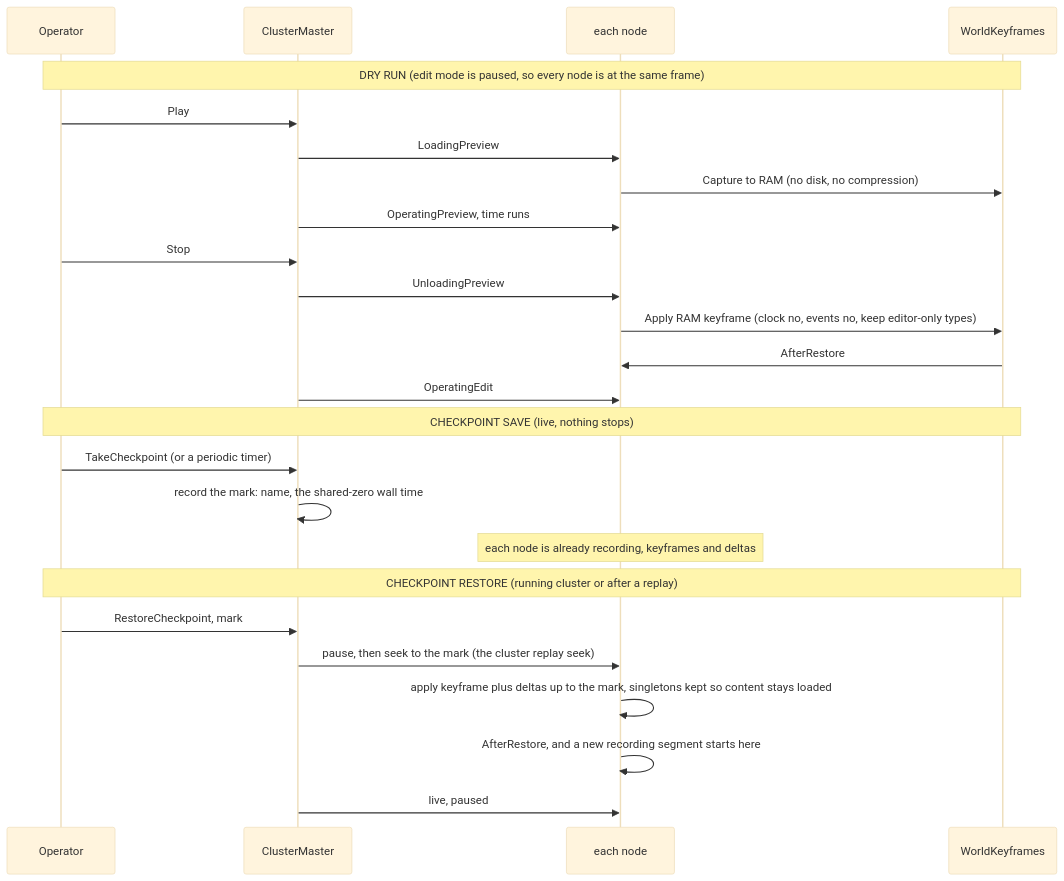
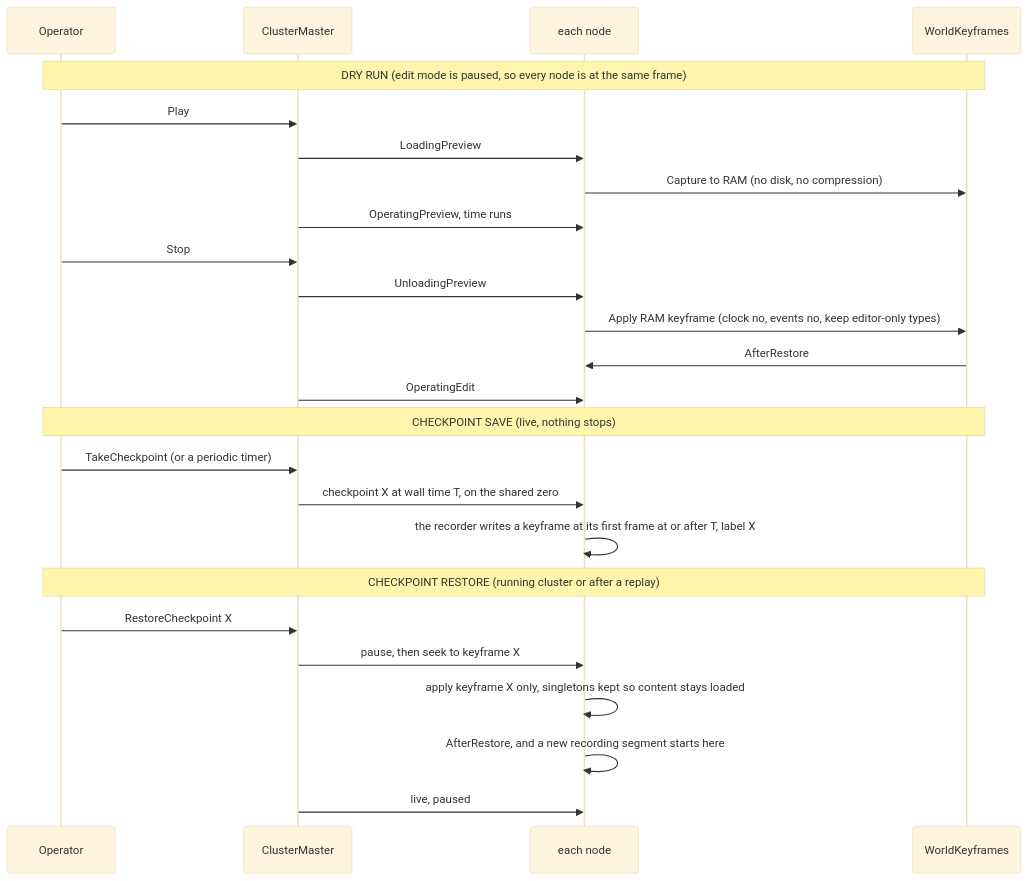
One commit to pjanec/HROT changed the third of 3 diagrams in docs/DESIGN_Checkpoint_And_Dry_Run_Restore.md. Above: the diagram before and after it, drawn with Mermaid (base theme). The commit also changed other lines of this file and 2 other files, not shown here.

First line of the commit message:
R-3044: a checkpoint is a named keyframe the flight recorder writes on request; a restore seeks straight to it

````diff
--- a/docs/DESIGN_Checkpoint_And_Dry_Run_Restore.md
+++ b/docs/DESIGN_Checkpoint_And_Dry_Run_Restore.md
@@ -169,27 +181,27 @@
 ```mermaid
 sequenceDiagram
   participant Op as Operator
   participant M as ClusterMaster
   participant N as each node
   participant W as WorldKeyframes
   Note over Op,W: DRY RUN (edit mode is paused, so every node is at the same frame)
   Op->>M: Play
   M->>N: LoadingPreview
   N->>W: Capture to RAM (no disk, no compression)
   M->>N: OperatingPreview, time runs
   Op->>M: Stop
   M->>N: UnloadingPreview
   N->>W: Apply RAM keyframe (clock no, events no, keep editor-only types)
   W->>N: AfterRestore
   M->>N: OperatingEdit
   Note over Op,W: CHECKPOINT SAVE (live, nothing stops)
   Op->>M: TakeCheckpoint (or a periodic timer)
-  M->>M: record the mark: name, the shared-zero wall time
-  Note over N: each node is already recording, keyframes and deltas
+  M->>N: checkpoint X at wall time T, on the shared zero
+  N->>N: the recorder writes a keyframe at its first frame at or after T, label X
   Note over Op,W: CHECKPOINT RESTORE (running cluster or after a replay)
-  Op->>M: RestoreCheckpoint, mark
-  M->>N: pause, then seek to the mark (the cluster replay seek)
-  N->>N: apply keyframe plus deltas up to the mark, singletons kept so content stays loaded
+  Op->>M: RestoreCheckpoint X
+  M->>N: pause, then seek to keyframe X
+  N->>N: apply keyframe X only, singletons kept so content stays loaded
   N->>N: AfterRestore, and a new recording segment starts here
   M->>N: live, paused
 ```
````
